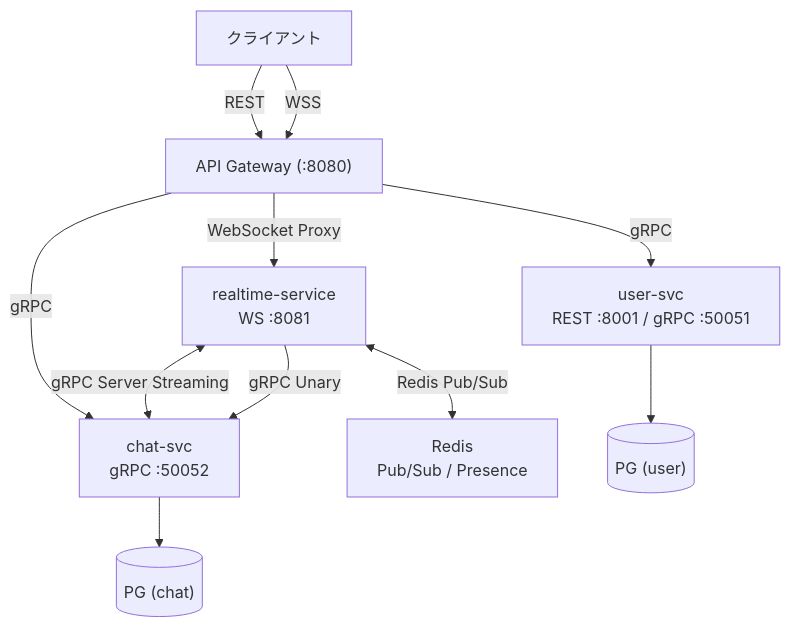
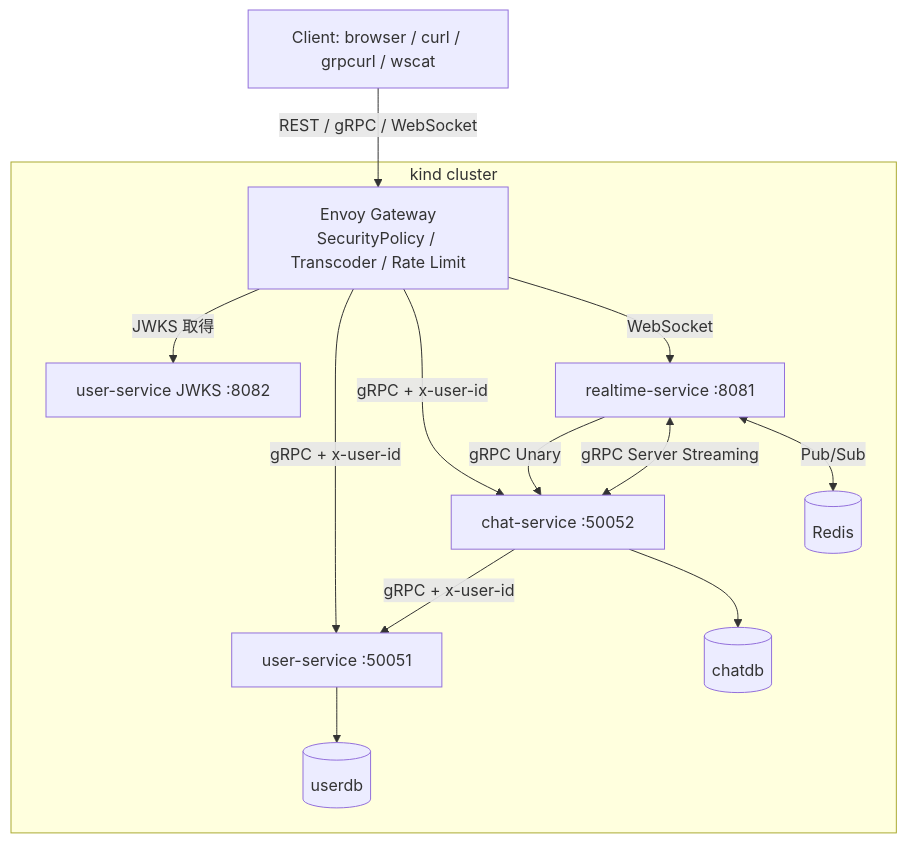
One commit to shunto-ishiguro/go-microservices-chat changed the diagram in docs/learning/phase-4.md. Above: the diagram before and after it, drawn with Mermaid. The commit also changed other lines of this file and 4 other files, not shown here.

````diff
--- a/docs/learning/phase-4.md
+++ b/docs/learning/phase-4.md
@@ -629,16 +485,21 @@
 ```mermaid
 graph TD
-    Client[クライアント] -->|REST| GW["API Gateway (:8080)"]
-    Client -->|WSS| GW
+    Client[Client: browser / curl / grpcurl / wscat] -->|REST / gRPC / WebSocket| EG
 
-    GW -->|gRPC| US["user-svc<br/>REST :8001 / gRPC :50051"]
-    GW -->|gRPC| CS["chat-svc<br/>gRPC :50052"]
-    GW -->|WebSocket Proxy| RS["realtime-service<br/>WS :8081"]
+    subgraph "kind cluster"
+      EG["Envoy Gateway<br/>SecurityPolicy / Transcoder / Rate Limit"]
 
-    RS <-->|gRPC Server Streaming| CS
-    RS -->|gRPC Unary| CS
-    RS <-->|Redis Pub/Sub| Redis["Redis<br/>Pub/Sub / Presence"]
+      EG -->|JWKS 取得| JWKS[user-service JWKS :8082]
+      EG -->|gRPC + x-user-id| US[user-service :50051]
+      EG -->|gRPC + x-user-id| CS[chat-service :50052]
+      EG -->|WebSocket| RS[realtime-service :8081]
 
-    US --> PG1[("PG (user)")]
-    CS --> PG2[("PG (chat)")]
+      CS -->|gRPC + x-user-id| US
+      RS -->|gRPC Unary| CS
+      RS <-->|gRPC Server Streaming| CS
+      RS <-->|Pub/Sub| Redis[("Redis")]
+
+      US --> PG1[("userdb")]
+      CS --> PG2[("chatdb")]
+    end
 ```
````
